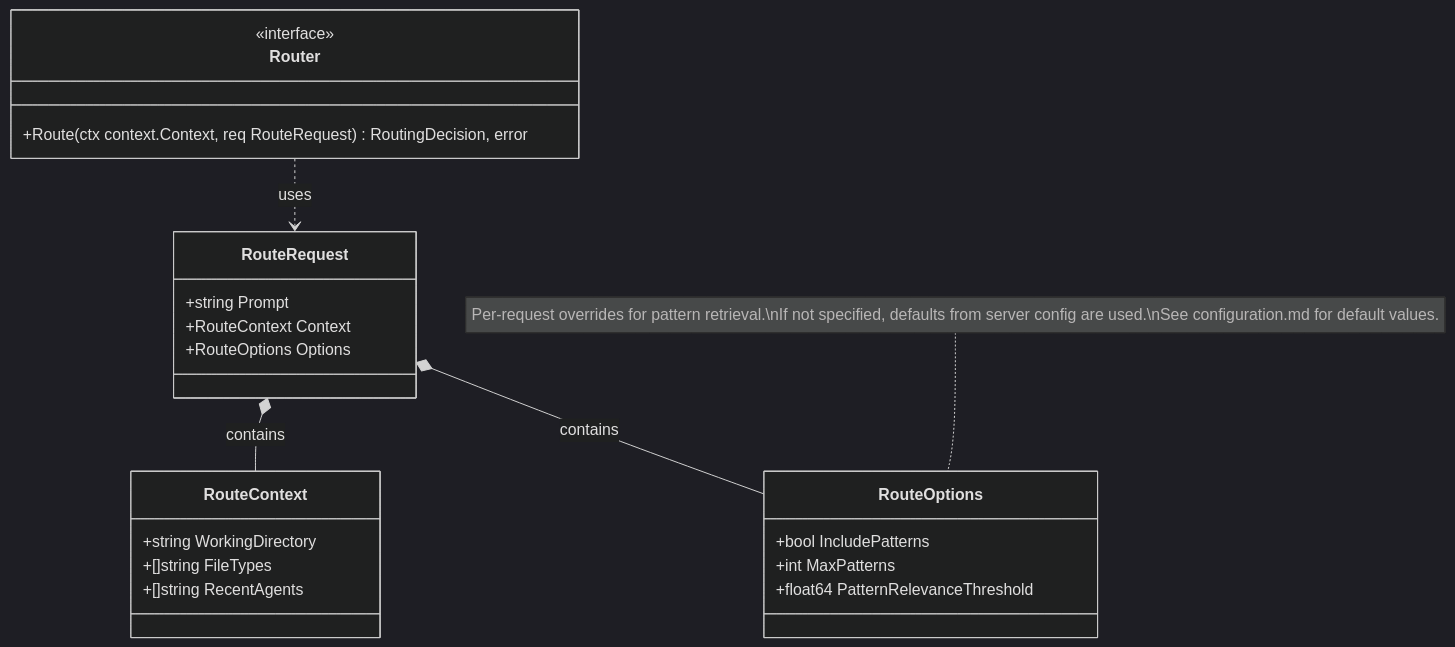
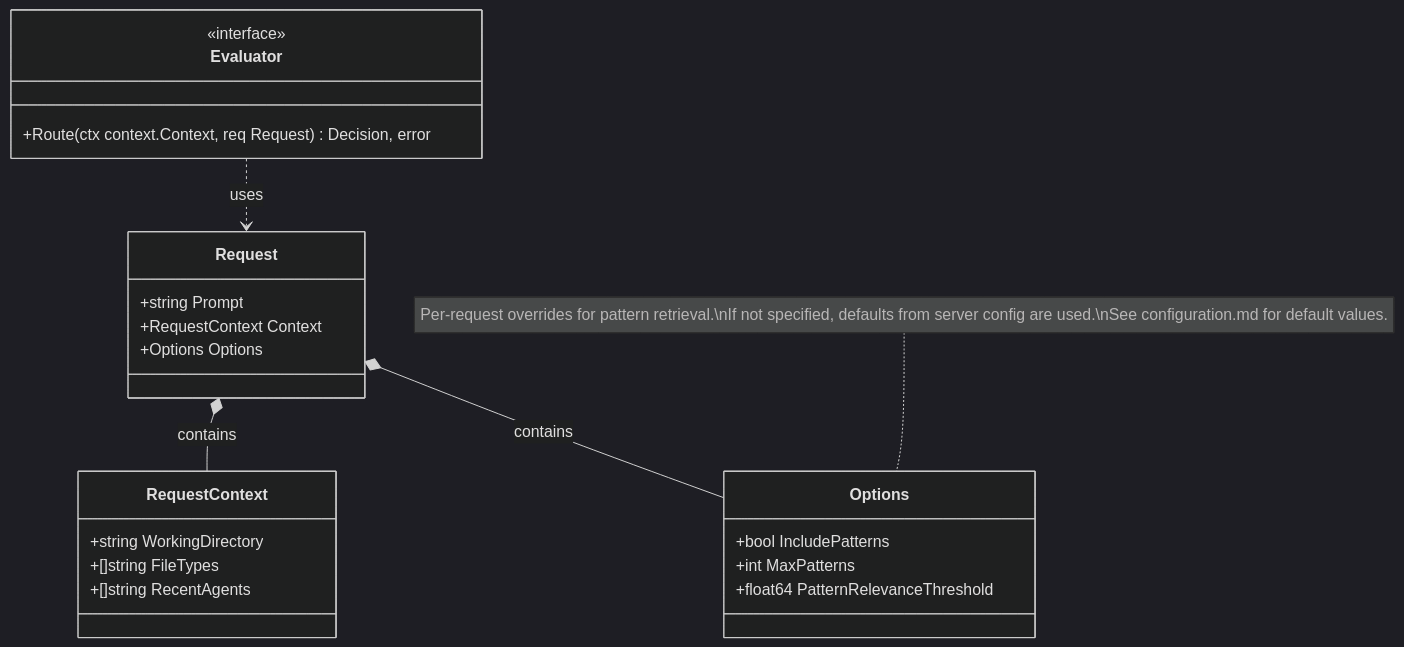
One commit to twistingmercury/mnemonic-mcp changed the first of 19 diagrams in docs/design/routing-engine.md. Above: the diagram before and after it, drawn with Mermaid (dark theme). The commit also changed other lines of this file and 17 other files, not shown here.

````diff
--- a/docs/design/routing-engine.md
+++ b/docs/design/routing-engine.md
@@ -82,31 +82,31 @@
 ```mermaid
 classDiagram
-    class Router {
+    class Evaluator {
         <<interface>>
-        +Route(ctx context.Context, req RouteRequest) RoutingDecision, error
+        +Route(ctx context.Context, req Request) Decision, error
     }
 
-    class RouteRequest {
+    class Request {
         +string Prompt
-        +RouteContext Context
-        +RouteOptions Options
+        +RequestContext Context
+        +Options Options
     }
 
-    class RouteContext {
+    class RequestContext {
         +string WorkingDirectory
         +[]string FileTypes
         +[]string RecentAgents
     }
 
-    class RouteOptions {
+    class Options {
         +bool IncludePatterns
         +int MaxPatterns
         +float64 PatternRelevanceThreshold
     }
 
-    note for RouteOptions "Per-request overrides for pattern retrieval.\nIf not specified, defaults from server config are used.\nSee configuration.md for default values."
+    note for Options "Per-request overrides for pattern retrieval.\nIf not specified, defaults from server config are used.\nSee configuration.md for default values."
 
-    Router ..> RouteRequest : uses
-    RouteRequest *-- RouteContext : contains
-    RouteRequest *-- RouteOptions : contains
+    Evaluator ..> Request : uses
+    Request *-- RequestContext : contains
+    Request *-- Options : contains
 ```
````
